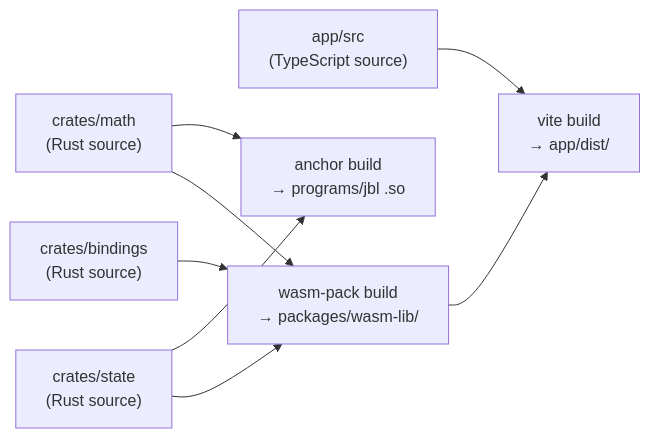
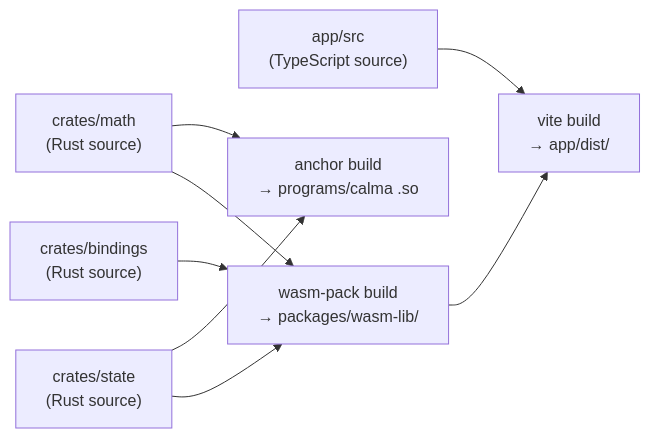
Before and after one commit to calma-labs/calma: the seventh of 7 diagrams in ARCHITECTURE.md, drawn with Mermaid. The commit also changed other lines of this file and 79 other files, not shown here.

````diff
--- a/ARCHITECTURE.md
+++ b/ARCHITECTURE.md
@@ -220,19 +220,19 @@
 ```mermaid
 flowchart LR
     MATH_SRC["crates/math\n(Rust source)"]
     STATE_SRC["crates/state\n(Rust source)"]
     WASM_SRC["crates/bindings\n(Rust source)"]
     APP_SRC["app/src\n(TypeScript source)"]
 
-    ANCHOR_BUILD["anchor build\n→ programs/jbl .so"]
+    ANCHOR_BUILD["anchor build\n→ programs/calma .so"]
     WASM_BUILD["wasm-pack build\n→ packages/wasm-lib/"]
     VITE_BUILD["vite build\n→ app/dist/"]
 
     MATH_SRC --> ANCHOR_BUILD
     STATE_SRC --> ANCHOR_BUILD
     MATH_SRC --> WASM_BUILD
     STATE_SRC --> WASM_BUILD
     WASM_SRC --> WASM_BUILD
     WASM_BUILD --> VITE_BUILD
     APP_SRC --> VITE_BUILD
 ```
````
